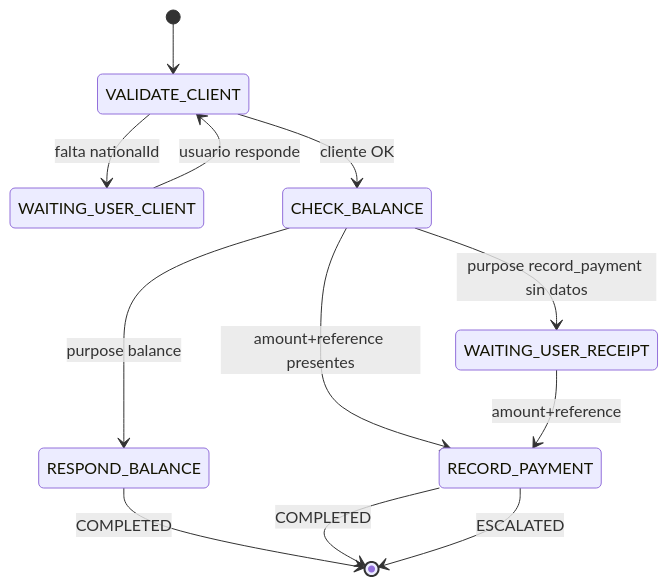
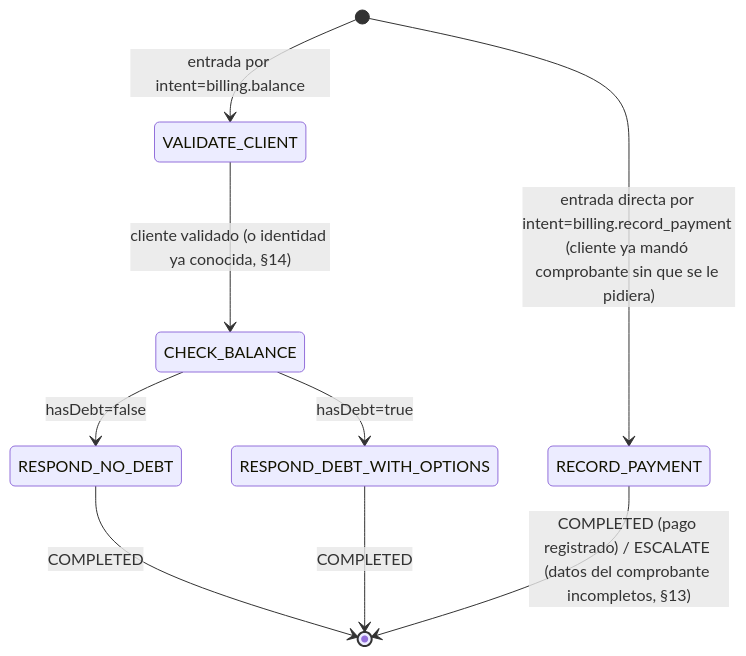
Before and after one commit to xintegrumdevaf/internal_sys_comunication_backend: the second of 2 diagrams in docs/spec/02_STATE_MACHINE.md, drawn with Mermaid. The commit also changed other lines of this file and 27 other files, not shown here.

First line of the commit message:
feat: identidad reutilizable, BILLING sin deuda y gu?a de endpoints

````diff
--- a/docs/spec/02_STATE_MACHINE.md
+++ b/docs/spec/02_STATE_MACHINE.md
@@ -62,14 +194,12 @@
 ```mermaid
 stateDiagram-v2
-    [*] --> VALIDATE_CLIENT
-    VALIDATE_CLIENT --> WAITING_USER_CLIENT: falta nationalId
-    WAITING_USER_CLIENT --> VALIDATE_CLIENT: usuario responde
-    VALIDATE_CLIENT --> CHECK_BALANCE: cliente OK
-    CHECK_BALANCE --> RESPOND_BALANCE: purpose balance
-    RESPOND_BALANCE --> [*]: COMPLETED
-    CHECK_BALANCE --> WAITING_USER_RECEIPT: purpose record_payment sin datos
-    CHECK_BALANCE --> RECORD_PAYMENT: amount+reference presentes
-    WAITING_USER_RECEIPT --> RECORD_PAYMENT: amount+reference
-    RECORD_PAYMENT --> [*]: COMPLETED
-    RECORD_PAYMENT --> [*]: ESCALATED
+    [*] --> VALIDATE_CLIENT: entrada por intent=billing.balance
+    VALIDATE_CLIENT --> CHECK_BALANCE: cliente validado (o identidad ya conocida, §14)
+    CHECK_BALANCE --> RESPOND_NO_DEBT: hasDebt=false
+    RESPOND_NO_DEBT --> [*]: COMPLETED
+    CHECK_BALANCE --> RESPOND_DEBT_WITH_OPTIONS: hasDebt=true
+    RESPOND_DEBT_WITH_OPTIONS --> [*]: COMPLETED
+
+    [*] --> RECORD_PAYMENT: entrada directa por intent=billing.record_payment (cliente ya mandó comprobante sin que se le pidiera)
+    RECORD_PAYMENT --> [*]: COMPLETED (pago registrado) / ESCALATE (datos del comprobante incompletos, §13)
 ```
````
